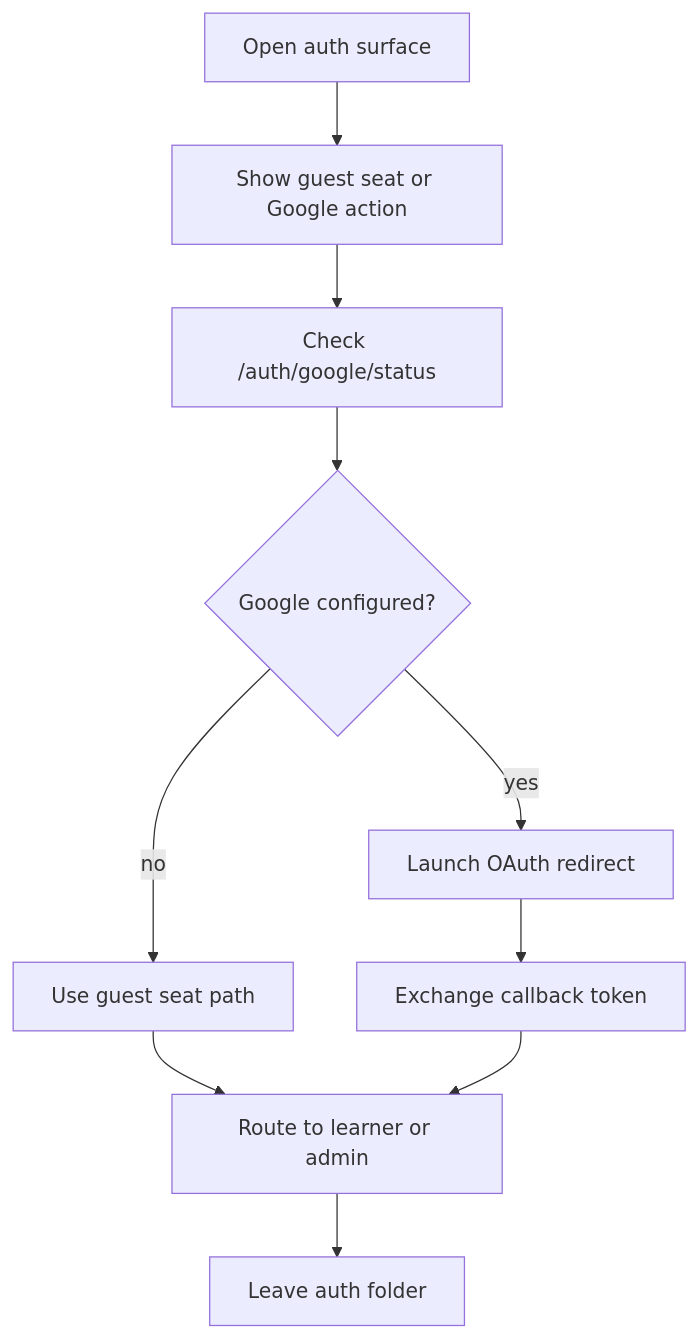
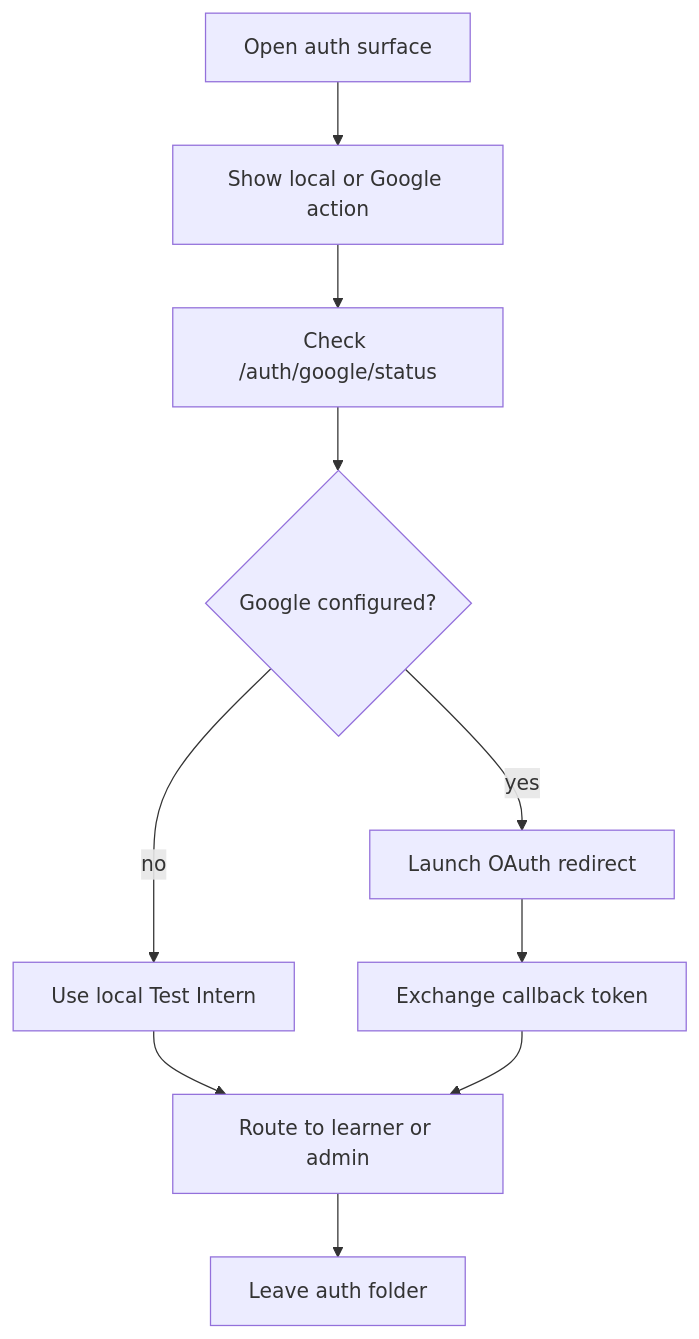
Before and after one commit to JohnAndrewBalbarosa/NeoTerritory: the diagram in docs/Codebase/Frontend/src/components/auth/README.md, drawn with Mermaid. The commit also changed other lines of this file and 17 other files, not shown here.

Commit message:
Add local Test Intern access

````diff
--- a/docs/Codebase/Frontend/src/components/auth/README.md
+++ b/docs/Codebase/Frontend/src/components/auth/README.md
@@ -20,21 +20,21 @@
 ```mermaid
 flowchart TD
     Start["Open auth surface"]
-    N0["Show guest seat or Google action"]
+    N0["Show local or Google action"]
     N1["Check /auth/google/status"]
     D1{"Google configured?"}
-    N2["Use guest seat path"]
+    N2["Use local Test Intern"]
     N3["Launch OAuth redirect"]
     N4["Exchange callback token"]
     N5["Route to learner or admin"]
     End["Leave auth folder"]
     Start --> N0
     N0 --> N1
     N1 --> D1
     D1 -->|yes| N3
     D1 -->|no| N2
     N2 --> N5
     N3 --> N4
     N4 --> N5
     N5 --> End
 ```
````
